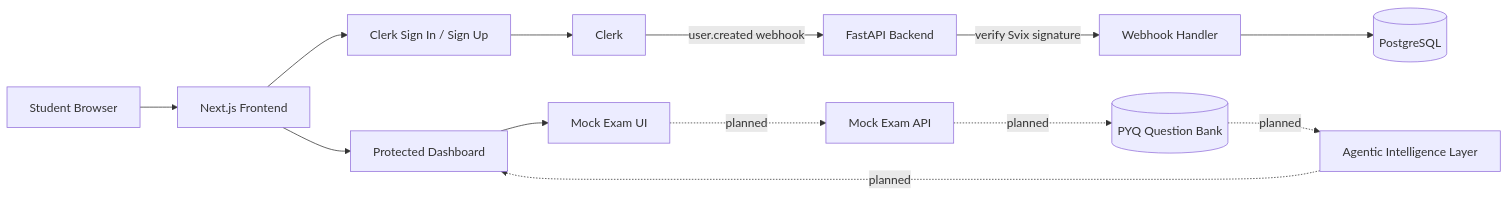
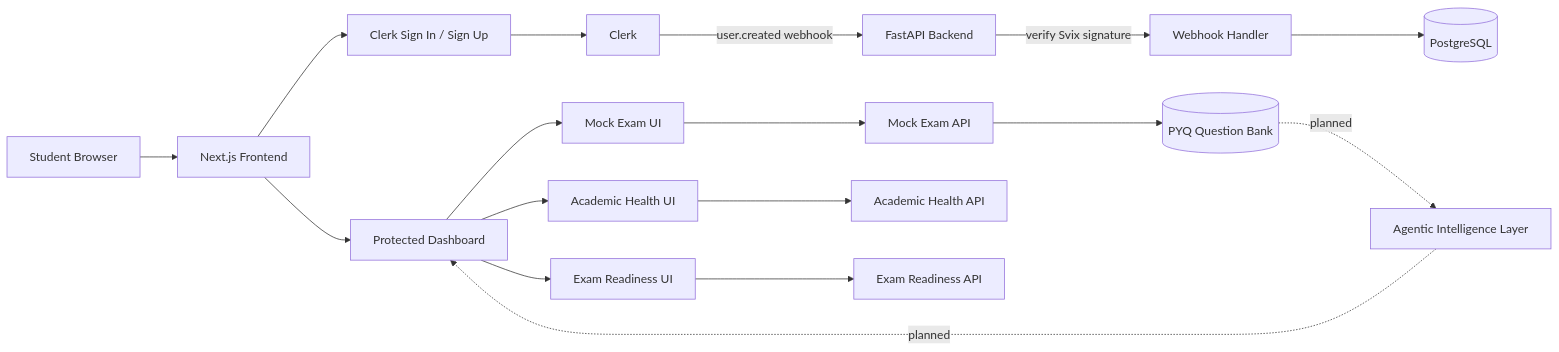
The first of 5 diagrams in README.md (randomboy24/sutra-ai), drawn with Mermaid before and after one commit. The commit also changed other lines of this file and 1 other file, not shown here.

````diff
--- a/README.md
+++ b/README.md
@@ -60,16 +96,20 @@
 ```mermaid
 flowchart LR
   Student[Student Browser] --> Next[Next.js Frontend]
   Next --> ClerkUI[Clerk Sign In / Sign Up]
   ClerkUI --> Clerk[Clerk]
   Clerk -->|user.created webhook| FastAPI[FastAPI Backend]
   FastAPI -->|verify Svix signature| Webhook[Webhook Handler]
   Webhook --> DB[(PostgreSQL)]
 
   Next --> Dashboard[Protected Dashboard]
   Dashboard --> MockUI[Mock Exam UI]
-  MockUI -. planned .-> MockAPI[Mock Exam API]
-  MockAPI -. planned .-> QuestionBank[(PYQ Question Bank)]
+  MockUI --> MockAPI[Mock Exam API]
+  MockAPI --> QuestionBank[(PYQ Question Bank)]
+  Dashboard --> HealthUI[Academic Health UI]
+  HealthUI --> HealthAPI[Academic Health API]
+  Dashboard --> ReadinessUI[Exam Readiness UI]
+  ReadinessUI --> ReadinessAPI[Exam Readiness API]
   QuestionBank -. planned .-> Agents[Agentic Intelligence Layer]
   Agents -. planned .-> Dashboard
 ```
````
